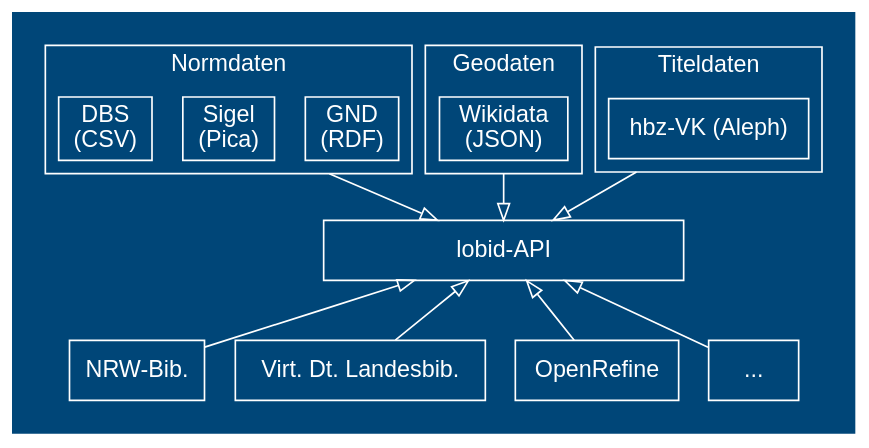
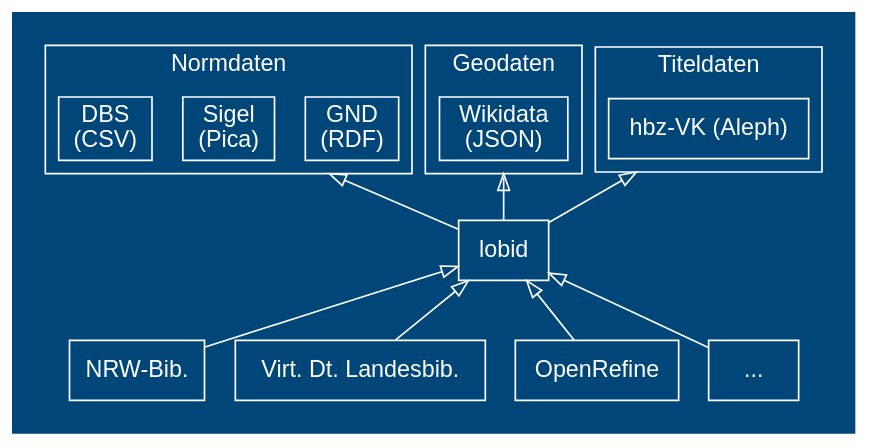
One commit to hbz/slides changed the diagram in 2022-zbiw/img/lobid-data.dot. Above: the diagram before and after it, drawn with Graphviz. The commit also changed 7 other files, not shown here.

```diff
--- a/2022-zbiw/img/lobid-data.dot
+++ b/2022-zbiw/img/lobid-data.dot
@@ -1,61 +1,61 @@
 digraph data {
 	compound=true
 	node[shape=box color=white fontcolor=white fontname=helvetica]
 	graph [bgcolor="#004678" color=white fontcolor=white fontname=helvetica]
 	edge[color=white fontcolor=white fontname=helvetica]
 	edge[arrowhead=empty arrowtail=empty]
 	rankdir=TD
 	splines=false
 
 	subgraph cluster_1{
 	style=invis
 
 	/*
 	subgraph cluster_libs{
 		style=invis
 		libs [label="Libraries"]
 	}
 	*/
 
 	subgraph cluster_title{
 		style=solid
 		label="Titeldaten"
 		union [label="hbz-VK (Aleph)"]
 	}
 
 	subgraph cluster_geo{
 		style=solid
 		label="Geodaten"
 		wikidata[label="Wikidata\n(JSON)"]
 	}
 
 	subgraph cluster_auth{
 		style=solid
 		label="Normdaten"
 		gnd[label="GND\n(RDF)"]
 		sigel[label="Sigel\n(Pica)"]
 		dbs[label="DBS\n(CSV)"]
 	}
 
 
 
-	api[label="lobid-API" width=3]
+	api[label="lobid"]
 
 	//libs->union[lhead=cluster_title]
 	//libs->sigel[lhead=cluster_auth]
 
-	wikidata->api[ltail=cluster_geo]
-	sigel->api[ltail=cluster_auth]
-	union->api[ltail=cluster_title]
+	wikidata->api[ltail=cluster_geo dir=back]
+	sigel->api[ltail=cluster_auth dir=back]
+	union->api[ltail=cluster_title dir=back]
 
 	app1[label="NRW-Bib."]
 	app2[label="Virt. Dt. Landesbib."]
 	app3[label="OpenRefine"]
 	app4[label="..."]
 
 	api->app1[dir=back]
 	api->app2[dir=back]
 	api->app3[dir=back]
 	api->app4[dir=back]
 	}
 }
```
